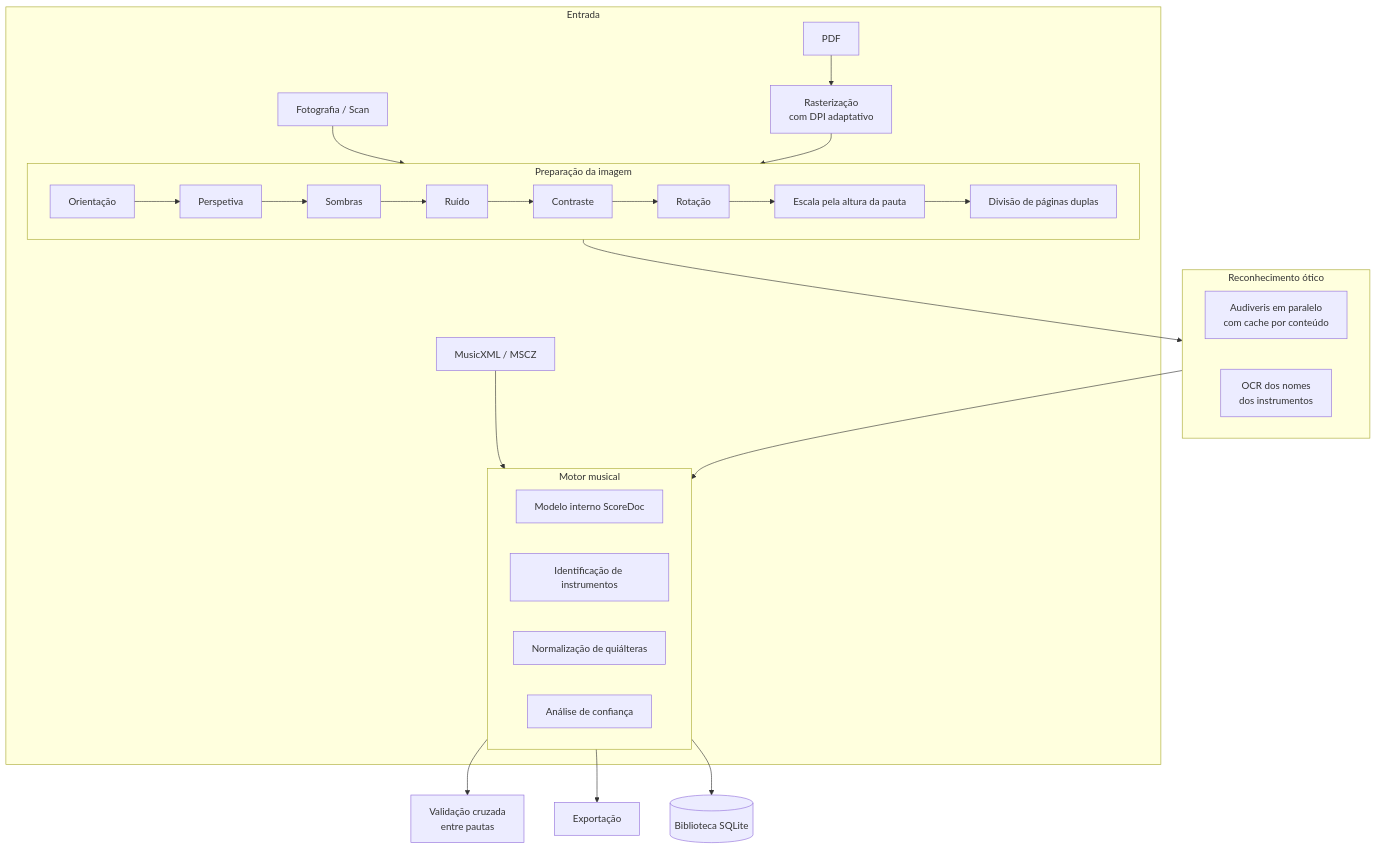
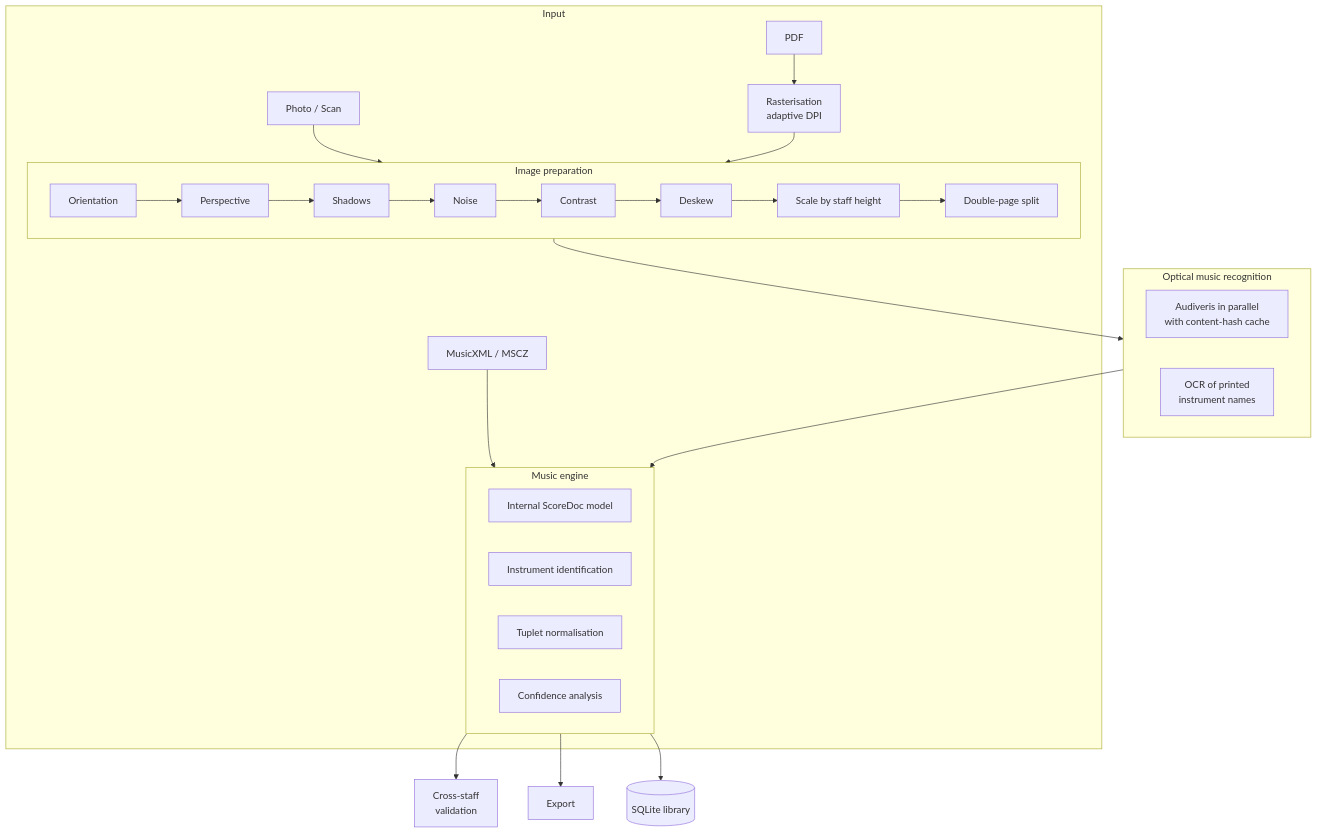
The diagram in README.md (BrunoMinhava/bandscore-ai), drawn with Mermaid before and after one commit. The commit also changed other lines of this file, not shown here.

````diff
--- a/README.md
+++ b/README.md
@@ -81,35 +81,35 @@
 ```mermaid
 flowchart TB
-  subgraph Entrada
-    PDF[PDF] --> RAS[Rasterização<br/>com DPI adaptativo]
-    IMG[Fotografia / Scan] --> PRE
+  subgraph Input
+    PDF[PDF] --> RAS[Rasterisation<br/>adaptive DPI]
+    IMG[Photo / Scan] --> PRE
     XML[MusicXML / MSCZ] --> ENG
     RAS --> PRE
   end
 
-  subgraph PRE[Preparação da imagem]
-    O[Orientação] --> P[Perspetiva] --> S[Sombras] --> N[Ruído]
-    N --> C[Contraste] --> D[Rotação] --> E[Escala pela altura da pauta]
-    E --> DP[Divisão de páginas duplas]
+  subgraph PRE[Image preparation]
+    O[Orientation] --> P[Perspective] --> S[Shadows] --> N[Noise]
+    N --> C[Contrast] --> D[Deskew] --> E[Scale by staff height]
+    E --> DP[Double-page split]
   end
 
   PRE --> OMR
 
-  subgraph OMR[Reconhecimento ótico]
-    AUD[Audiveris em paralelo<br/>com cache por conteúdo]
-    OCR[OCR dos nomes<br/>dos instrumentos]
+  subgraph OMR[Optical music recognition]
+    AUD[Audiveris in parallel<br/>with content-hash cache]
+    OCR[OCR of printed<br/>instrument names]
   end
 
   OMR --> ENG
 
-  subgraph ENG[Motor musical]
-    MOD[Modelo interno ScoreDoc]
-    INS[Identificação de instrumentos]
-    TUP[Normalização de quiálteras]
-    CONF[Análise de confiança]
+  subgraph ENG[Music engine]
+    MOD[Internal ScoreDoc model]
+    INS[Instrument identification]
+    TUP[Tuplet normalisation]
+    CONF[Confidence analysis]
   end
 
-  ENG --> VAL[Validação cruzada<br/>entre pautas]
-  ENG --> EXP[Exportação]
-  ENG --> LIB[(Biblioteca SQLite)]
+  ENG --> VAL[Cross-staff<br/>validation]
+  ENG --> EXP[Export]
+  ENG --> LIB[(SQLite library)]
 ```
````
